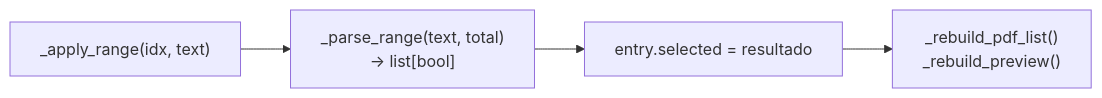
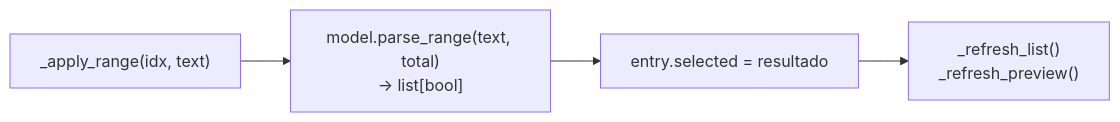
Before and after one commit to Mahynlo/pdf_manager: the fifth of 8 diagrams in docs/combinar-pdf.md, drawn with Mermaid. The commit also changed other lines of this file and 10 other files, not shown here.

````diff
--- a/docs/combinar-pdf.md
+++ b/docs/combinar-pdf.md
@@ -134,6 +259,6 @@
 ```mermaid
 flowchart LR
-    A["_apply_range(idx, text)"] --> B["_parse_range(text, total)\n→ list[bool]"]
+    A["_apply_range(idx, text)"] --> B["model.parse_range(text, total)\n→ list[bool]"]
     B --> C["entry.selected = resultado"]
-    C --> D["_rebuild_pdf_list()\n_rebuild_preview()"]
+    C --> D["_refresh_list()\n_refresh_preview()"]
 ```
````
